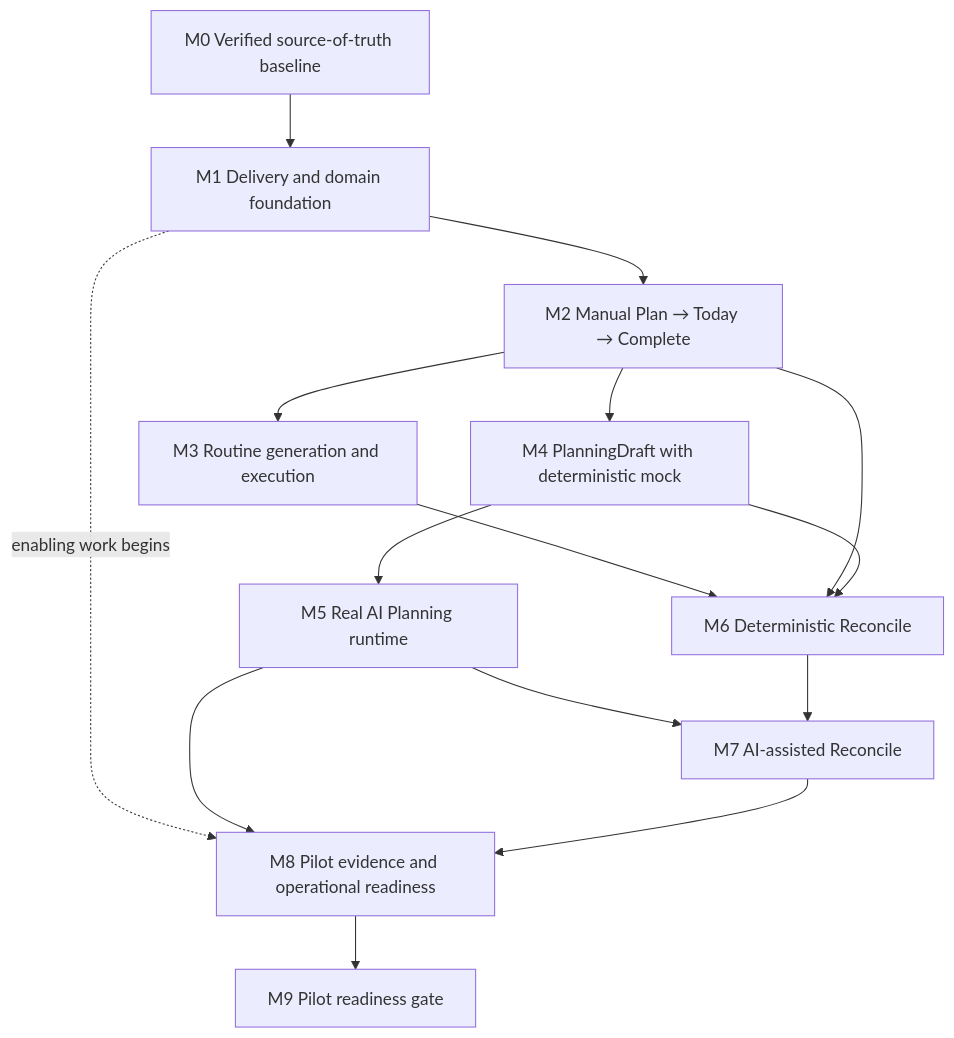
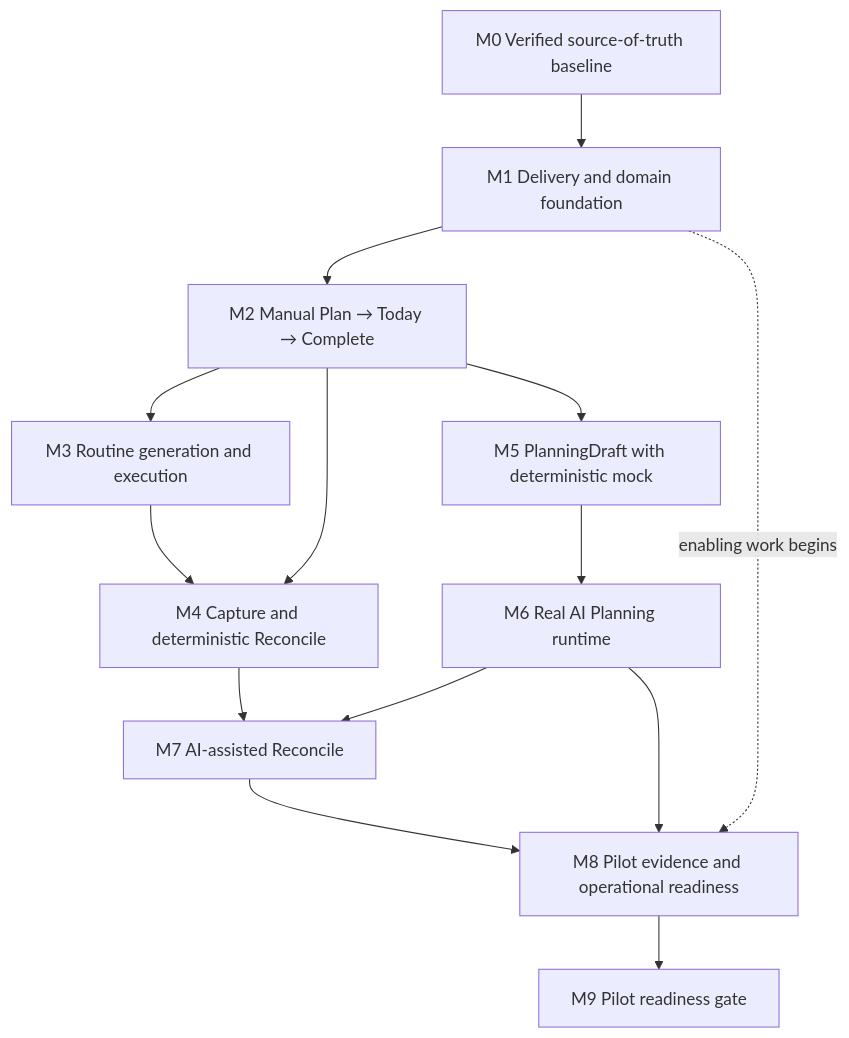
The diagram in mindmap/05-Implementation/dependency-graph.md (mahdidelavarz/tidysense), drawn with Mermaid before and after one commit. The commit also changed other lines of this file and 90 other files, not shown here.

````diff
--- a/mindmap/05-Implementation/dependency-graph.md
+++ b/mindmap/05-Implementation/dependency-graph.md
@@ -9,17 +9,16 @@
 ```mermaid
 flowchart TD
   M0[M0 Verified source-of-truth baseline] --> M1[M1 Delivery and domain foundation]
   M1 --> M2[M2 Manual Plan → Today → Complete]
   M2 --> M3[M3 Routine generation and execution]
-  M2 --> M4[M4 PlanningDraft with deterministic mock]
-  M3 --> M6[M6 Deterministic Reconcile]
-  M4 --> M5[M5 Real AI Planning runtime]
-  M2 --> M6
-  M4 --> M6
-  M5 --> M7[M7 AI-assisted Reconcile]
+  M2 --> M4[M4 Capture and deterministic Reconcile]
+  M3 --> M4
+  M2 --> M5[M5 PlanningDraft with deterministic mock]
+  M5 --> M6[M6 Real AI Planning runtime]
+  M4 --> M7[M7 AI-assisted Reconcile]
   M6 --> M7
   M1 -. enabling work begins .-> M8[M8 Pilot evidence and operational readiness]
-  M5 --> M8
+  M6 --> M8
   M7 --> M8
   M8 --> M9[M9 Pilot readiness gate]
 ```
````
